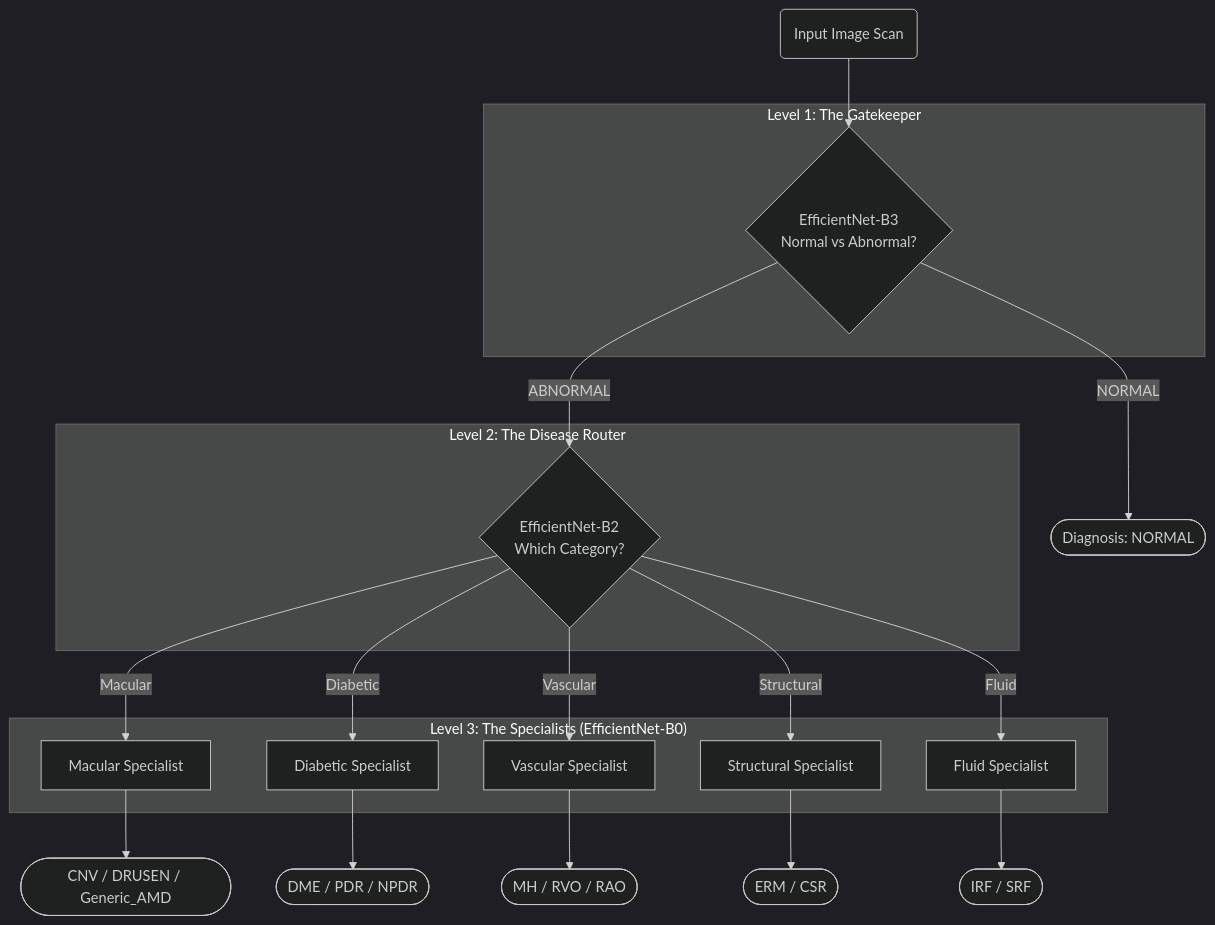
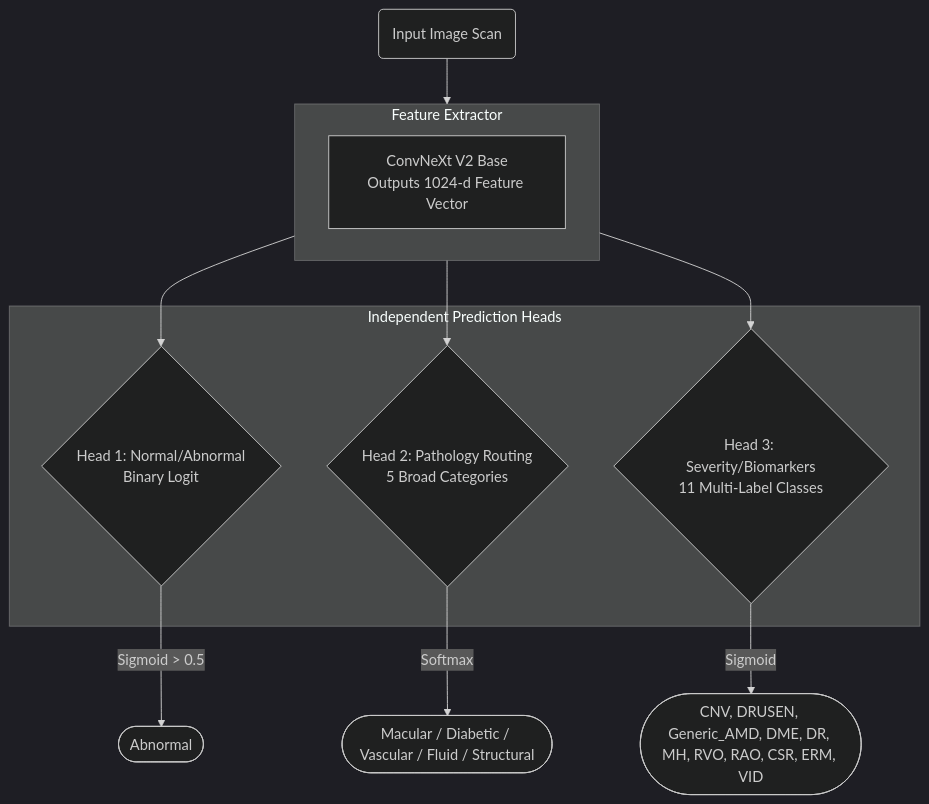
The diagram in image-classification-model-training/Documentation/architecture.md (Nikhil-Mundhra/OCT-Analyser-Capstone), drawn with Mermaid (dark theme) before and after one commit. The commit also changed other lines of this file and 78 other files, not shown here.

Commit message:
feat: upgrade to Multi-Head ConvNeXt V2 architecture and backend services

````diff
--- a/image-classification-model-training/Documentation/architecture.md
+++ b/image-classification-model-training/Documentation/architecture.md
@@ -16,35 +16,22 @@
 ```mermaid
 graph TD
-    Input(Input Image Scan) --> L1
+    Input(Input Image Scan) --> Backbone
 
-    subgraph SG1 ["Level 1: The Gatekeeper"]
-        L1{EfficientNet-B3<br/>Normal vs Abnormal?}
+    subgraph Backbone ["Feature Extractor"]
+        Conv[ConvNeXt V2 Base<br/>Outputs 1024-d Feature Vector]
     end
 
-    L1 -->|NORMAL| OutNormal([Diagnosis: NORMAL])
-    L1 -->|ABNORMAL| L2
+    Backbone --> H1
+    Backbone --> H2
+    Backbone --> H3
 
-    subgraph SG2 ["Level 2: The Disease Router"]
-        L2{EfficientNet-B2<br/>Which Category?}
+    subgraph Heads ["Independent Prediction Heads"]
+        H1{Head 1: Normal/Abnormal<br/>Binary Logit}
+        H2{Head 2: Pathology Routing<br/>5 Broad Categories}
+        H3{Head 3: Severity/Biomarkers<br/>11 Multi-Label Classes}
     end
 
-    L2 -->|Macular| L3_Mac
-    L2 -->|Diabetic| L3_Dia
-    L2 -->|Vascular| L3_Vas
-    L2 -->|Structural| L3_Str
-    L2 -->|Fluid| L3_Flu
-
-    subgraph SG3 ["Level 3: The Specialists (EfficientNet-B0)"]
-        L3_Mac[Macular Specialist]
-        L3_Dia[Diabetic Specialist]
-        L3_Vas[Vascular Specialist]
-        L3_Str[Structural Specialist]
-        L3_Flu[Fluid Specialist]
-    end
-
-    L3_Mac --> OutMac([CNV / DRUSEN / Generic_AMD])
-    L3_Dia --> OutDia([DME / PDR / NPDR])
-    L3_Vas --> OutVas([MH / RVO / RAO])
-    L3_Str --> OutStr([ERM / CSR])
-    L3_Flu --> OutFlu([IRF / SRF])
+    H1 -->|Sigmoid > 0.5| OutNormal([Abnormal])
+    H2 -->|Softmax| OutPath([Macular / Diabetic / Vascular / Fluid / Structural])
+    H3 -->|Sigmoid| OutBio([CNV, DRUSEN, Generic_AMD, DME, DR, MH, RVO, RAO, CSR, ERM, VID])
 ```
````
